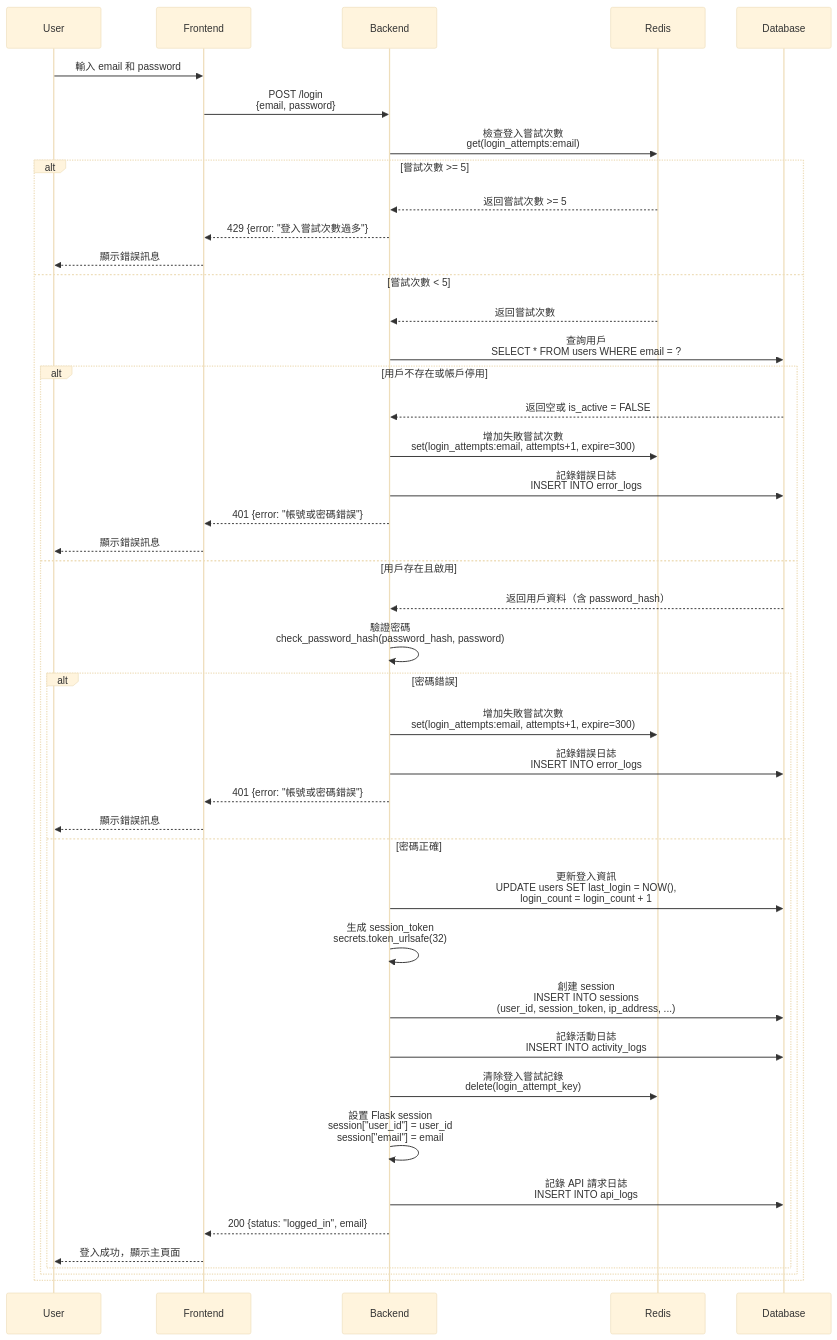
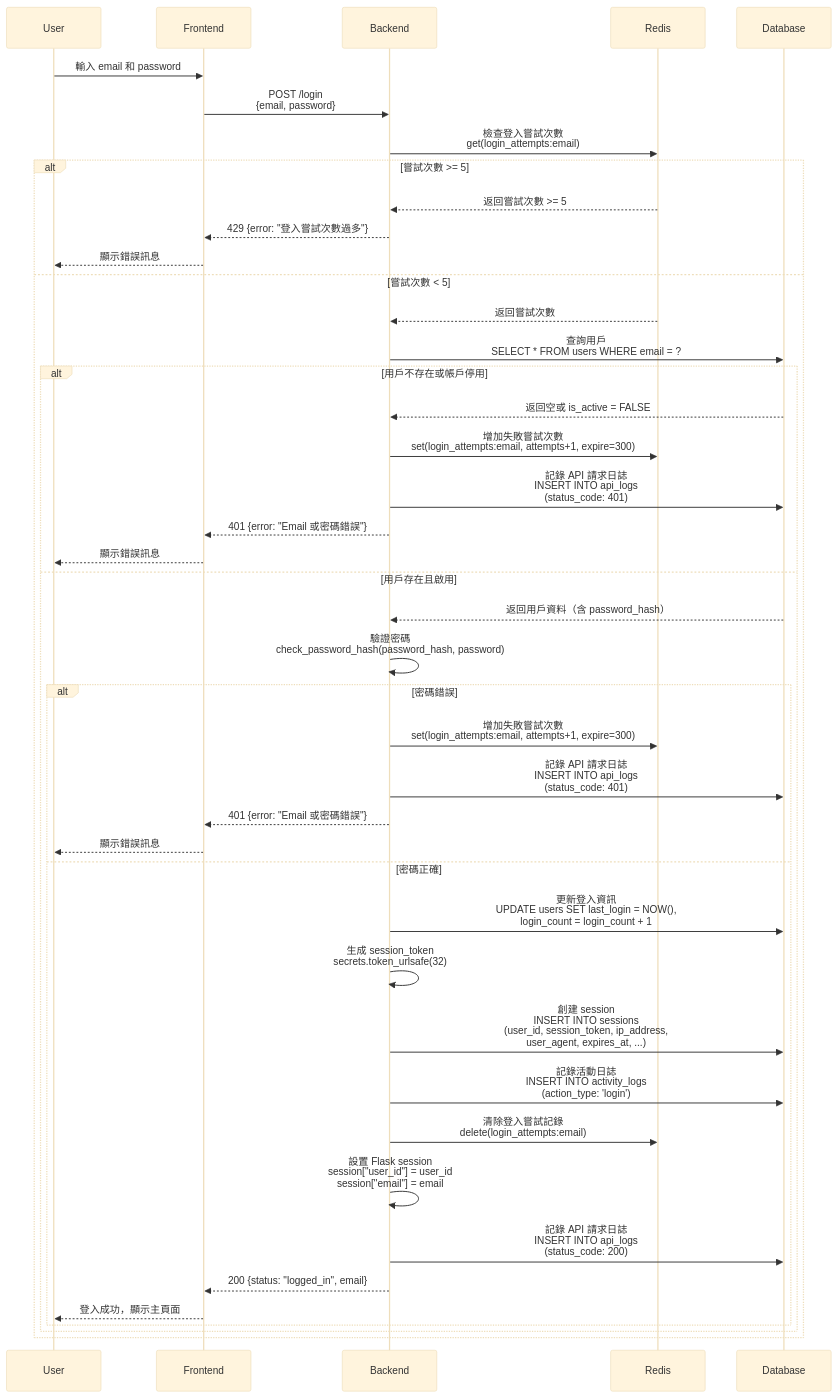
One commit to szweijin/Leaf_Disease_AI changed the second of 8 diagrams in docs/sequences_diagram.md. Above: the diagram before and after it, drawn with Mermaid (base theme). The commit also changed other lines of this file and 31 other files, not shown here.

````diff
--- a/docs/sequences_diagram.md
+++ b/docs/sequences_diagram.md
@@ -50,50 +76,50 @@
 ```mermaid
 sequenceDiagram
     participant User
     participant Frontend
     participant Backend
     participant Redis
     participant Database
 
     User->>Frontend: 輸入 email 和 password
     Frontend->>Backend: POST /login<br/>{email, password}
 
     Backend->>Redis: 檢查登入嘗試次數<br/>get(login_attempts:email)
 
     alt 嘗試次數 >= 5
         Redis-->>Backend: 返回嘗試次數 >= 5
         Backend-->>Frontend: 429 {error: "登入嘗試次數過多"}
         Frontend-->>User: 顯示錯誤訊息
     else 嘗試次數 < 5
         Redis-->>Backend: 返回嘗試次數
         Backend->>Database: 查詢用戶<br/>SELECT * FROM users WHERE email = ?
 
         alt 用戶不存在或帳戶停用
             Database-->>Backend: 返回空或 is_active = FALSE
             Backend->>Redis: 增加失敗嘗試次數<br/>set(login_attempts:email, attempts+1, expire=300)
-            Backend->>Database: 記錄錯誤日誌<br/>INSERT INTO error_logs
-            Backend-->>Frontend: 401 {error: "帳號或密碼錯誤"}
+            Backend->>Database: 記錄 API 請求日誌<br/>INSERT INTO api_logs<br/>(status_code: 401)
+            Backend-->>Frontend: 401 {error: "Email 或密碼錯誤"}
             Frontend-->>User: 顯示錯誤訊息
         else 用戶存在且啟用
             Database-->>Backend: 返回用戶資料（含 password_hash）
             Backend->>Backend: 驗證密碼<br/>check_password_hash(password_hash, password)
 
             alt 密碼錯誤
                 Backend->>Redis: 增加失敗嘗試次數<br/>set(login_attempts:email, attempts+1, expire=300)
-                Backend->>Database: 記錄錯誤日誌<br/>INSERT INTO error_logs
-                Backend-->>Frontend: 401 {error: "帳號或密碼錯誤"}
+                Backend->>Database: 記錄 API 請求日誌<br/>INSERT INTO api_logs<br/>(status_code: 401)
+                Backend-->>Frontend: 401 {error: "Email 或密碼錯誤"}
                 Frontend-->>User: 顯示錯誤訊息
             else 密碼正確
                 Backend->>Database: 更新登入資訊<br/>UPDATE users SET last_login = NOW(),<br/>login_count = login_count + 1
                 Backend->>Backend: 生成 session_token<br/>secrets.token_urlsafe(32)
-                Backend->>Database: 創建 session<br/>INSERT INTO sessions<br/>(user_id, session_token, ip_address, ...)
-                Backend->>Database: 記錄活動日誌<br/>INSERT INTO activity_logs
-                Backend->>Redis: 清除登入嘗試記錄<br/>delete(login_attempt_key)
+                Backend->>Database: 創建 session<br/>INSERT INTO sessions<br/>(user_id, session_token, ip_address,<br/>user_agent, expires_at, ...)
+                Backend->>Database: 記錄活動日誌<br/>INSERT INTO activity_logs<br/>(action_type: 'login')
+                Backend->>Redis: 清除登入嘗試記錄<br/>delete(login_attempts:email)
                 Backend->>Backend: 設置 Flask session<br/>session["user_id"] = user_id<br/>session["email"] = email
-                Backend->>Database: 記錄 API 請求日誌<br/>INSERT INTO api_logs
+                Backend->>Database: 記錄 API 請求日誌<br/>INSERT INTO api_logs<br/>(status_code: 200)
                 Backend-->>Frontend: 200 {status: "logged_in", email}
                 Frontend-->>User: 登入成功，顯示主頁面
             end
         end
     end
 ```
````
